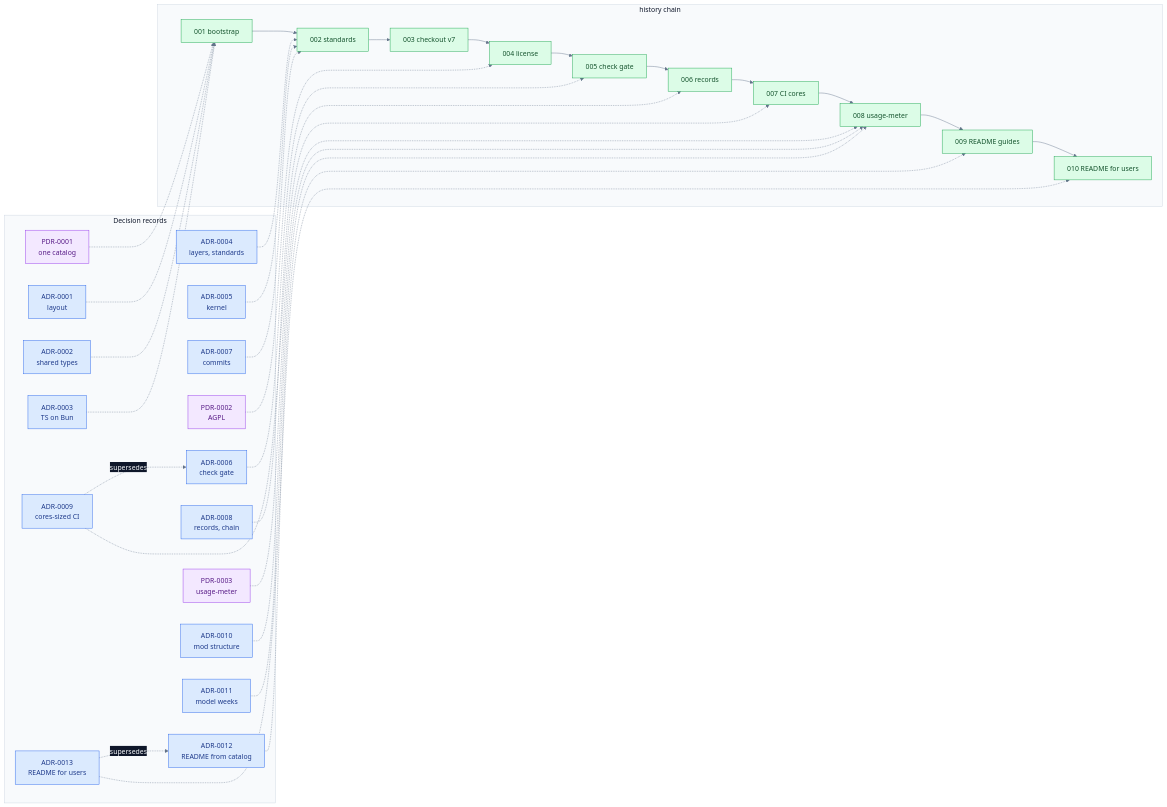
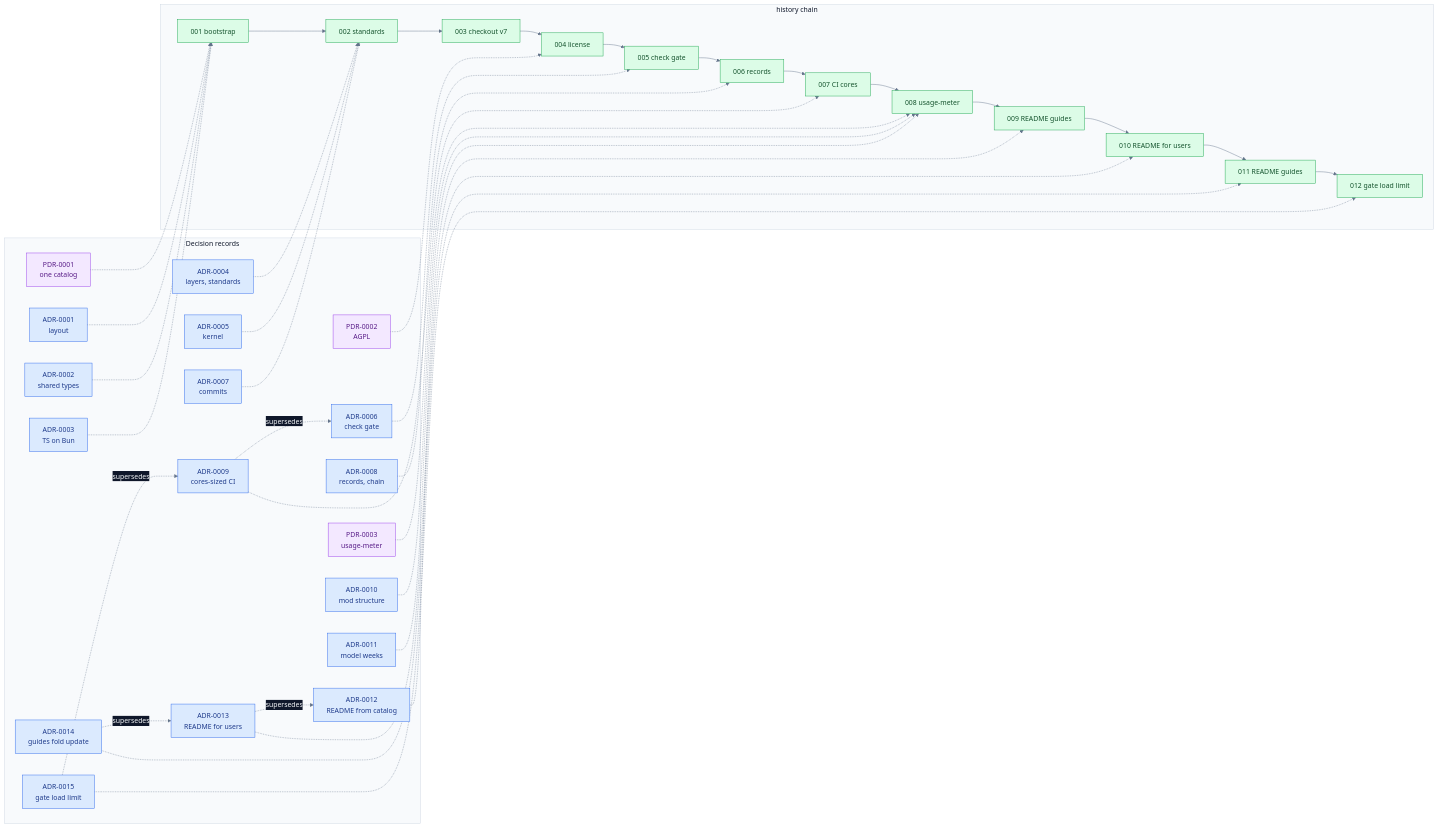
Before and after one commit to arafathusayn/cc-mods: the diagram in kb/INDEX.md, drawn with Mermaid. The commit also changed other lines of this file and 2 other files, not shown here.

Commit message:
docs(kb): record the readme guides and the gate load limit

````diff
--- a/kb/INDEX.md
+++ b/kb/INDEX.md
@@ -26,55 +28,63 @@
 ```mermaid
 %%{init: {"theme":"base","themeVariables":{"fontFamily":"Inter, ui-sans-serif, system-ui, sans-serif","lineColor":"#64748b","edgeLabelBackground":"#0f172a","clusterBkg":"#f8fafc","clusterBorder":"#cbd5e1","titleColor":"#0f172a"}}}%%
 flowchart LR
   subgraph records ["Decision records"]
     P1["PDR-0001<br>one catalog"]:::purple
     A1["ADR-0001<br>layout"]:::blue
     A2["ADR-0002<br>shared types"]:::blue
     A3["ADR-0003<br>TS on Bun"]:::blue
     A4["ADR-0004<br>layers, standards"]:::blue
     A5["ADR-0005<br>kernel"]:::blue
     A7["ADR-0007<br>commits"]:::blue
     P2["PDR-0002<br>AGPL"]:::purple
     A6["ADR-0006<br>check gate"]:::blue
     A8["ADR-0008<br>records, chain"]:::blue
     A9["ADR-0009<br>cores-sized CI"]:::blue
     P3["PDR-0003<br>usage-meter"]:::purple
     A10["ADR-0010<br>mod structure"]:::blue
     A11["ADR-0011<br>model weeks"]:::blue
     A12["ADR-0012<br>README from catalog"]:::blue
     A13["ADR-0013<br>README for users"]:::blue
+    A14["ADR-0014<br>guides fold update"]:::blue
+    A15["ADR-0015<br>gate load limit"]:::blue
   end
   subgraph history ["history chain"]
     H1["001 bootstrap"]:::green --> H2["002 standards"]:::green
     H2 --> H3["003 checkout v7"]:::green
     H3 --> H4["004 license"]:::green
     H4 --> H5["005 check gate"]:::green
     H5 --> H6["006 records"]:::green
     H6 --> H7["007 CI cores"]:::green
     H7 --> H8["008 usage-meter"]:::green
     H8 --> H9["009 README guides"]:::green
     H9 --> H10["010 README for users"]:::green
+    H10 --> H11["011 README guides"]:::green
+    H11 --> H12["012 gate load limit"]:::green
   end
   P1 -.-> H1
   A1 -.-> H1
   A2 -.-> H1
   A3 -.-> H1
   A4 -.-> H2
   A5 -.-> H2
   A7 -.-> H2
   P2 -.-> H4
   A6 -.-> H5
   A8 -.-> H6
   A9 -.-> H7
   A9 -.->|"supersedes"| A6
   P3 -.-> H8
   A10 -.-> H8
   A11 -.-> H8
   A12 -.-> H9
   A13 -.-> H10
   A13 -.->|"supersedes"| A12
+  A14 -.-> H11
+  A14 -.->|"supersedes"| A13
+  A15 -.-> H12
+  A15 -.->|"supersedes"| A9
   classDef green fill:#dcfce7,stroke:#16a34a,color:#14532d
   classDef blue fill:#dbeafe,stroke:#2563eb,color:#1e3a8a
   classDef purple fill:#f3e8ff,stroke:#9333ea,color:#581c87
   linkStyle default stroke:#64748b,color:#f8fafc
 ```
````
